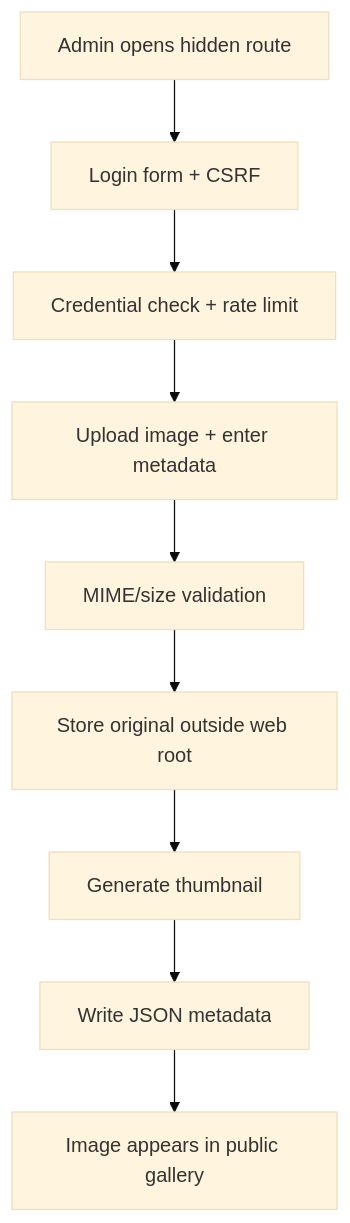
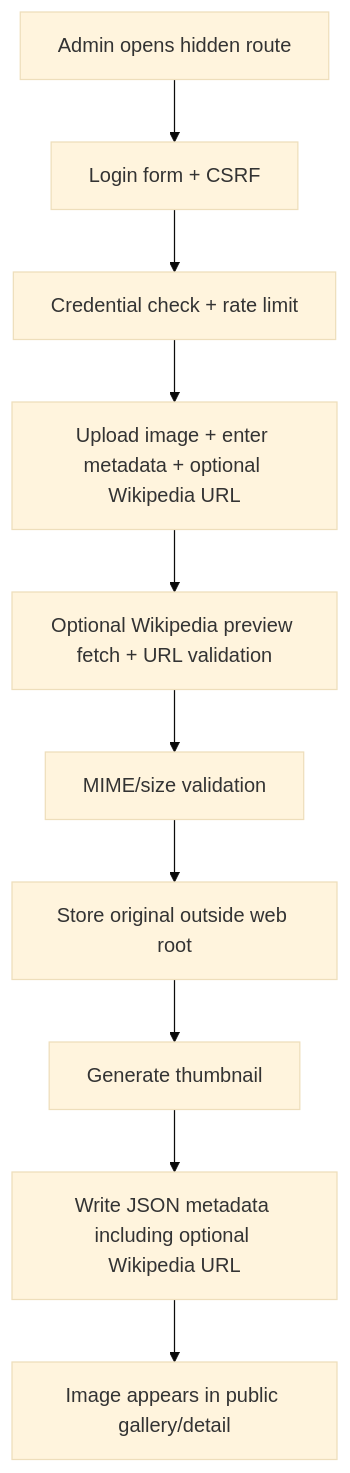
The second of 3 diagrams in README.md (smeird/images), drawn with Mermaid (base theme) before and after one commit. The commit also changed other lines of this file and 6 other files, not shown here.

First line of the commit message:
Add Wikipedia URL validation, preview, and detail references

````diff
--- a/README.md
+++ b/README.md
@@ -120,11 +126,12 @@
 ```mermaid
 flowchart TD
   A[Admin opens hidden route] --> B[Login form + CSRF]
   B --> C[Credential check + rate limit]
-  C --> D[Upload image + enter metadata]
-  D --> E[MIME/size validation]
-  E --> F[Store original outside web root]
-  F --> G[Generate thumbnail]
-  G --> H[Write JSON metadata]
-  H --> I[Image appears in public gallery]
+  C --> D[Upload image + enter metadata + optional Wikipedia URL]
+  D --> E[Optional Wikipedia preview fetch + URL validation]
+  E --> F[MIME/size validation]
+  F --> G[Store original outside web root]
+  G --> H[Generate thumbnail]
+  H --> I[Write JSON metadata including optional Wikipedia URL]
+  I --> J[Image appears in public gallery/detail]
 ```
````
